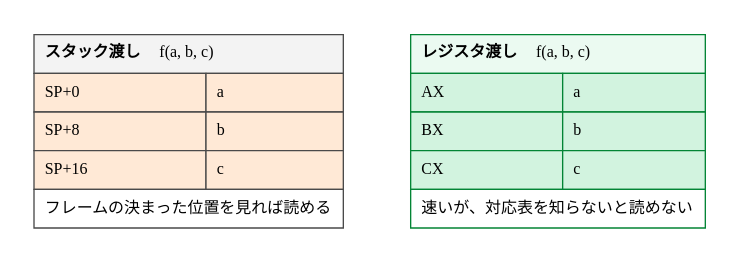
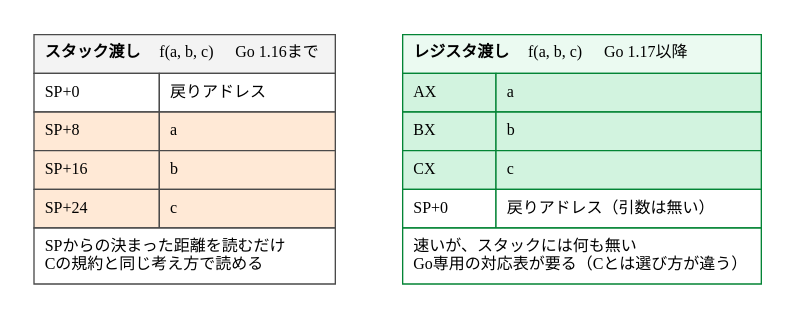
One commit to ymotongpoo/zenn.dev changed the diagram in diagrams/go-ebpf-primer/20260820-convention-stack-vs-register.dot. Above: the diagram before and after it, drawn with Graphviz. The commit also changed 13 other files, not shown here.

First line of the commit message:
fix(go-ebpf-primer): 図の誤りを直し、本文のキャプションを整合させる

```diff
--- a/diagrams/go-ebpf-primer/20260820-convention-stack-vs-register.dot
+++ b/diagrams/go-ebpf-primer/20260820-convention-stack-vs-register.dot
@@ -1,42 +1,44 @@
 // スタック渡しとレジスタ渡し
 digraph convention_stack_vs_register {
   graph [
     fontname="IBM Plex Sans JP", fontsize=13,
-    rankdir=TB, compound=true, splines=true,
+    rankdir=TB, compound=true, splines=ortho,
     nodesep=0.5, ranksep=0.7, pad=0.25,
     bgcolor="white", newrank=true
   ];
   node [
     fontname="IBM Plex Sans JP", fontsize=12,
     shape=box, style="rounded,filled",
     fillcolor="#F1F1F1", color="#4A4A4A", penwidth=1.6,
     margin="0.2,0.14"
   ];
   edge [
     fontname="IBM Plex Sans JP", fontsize=11,
     color="#343434", penwidth=1.4, arrowsize=0.9,
     fontcolor="#171717"
   ];
   rankdir=LR;
   nodesep=0.8;
 
   stackway [shape=plain, style="", label=<
     <table border="0" cellborder="1" cellspacing="0" cellpadding="7" color="#4A4A4A">
-      <tr><td colspan="2" align="left" bgcolor="#F3F3F3"><b>スタック渡し</b>　<font face="JetBrains Mono">f(a, b, c)</font></td></tr>
-      <tr><td align="left" bgcolor="#FFE9D6"><font face="JetBrains Mono">SP+0</font></td><td align="left" bgcolor="#FFE9D6"><font face="JetBrains Mono">a</font></td></tr>
-      <tr><td align="left" bgcolor="#FFE9D6"><font face="JetBrains Mono">SP+8</font></td><td align="left" bgcolor="#FFE9D6"><font face="JetBrains Mono">b</font></td></tr>
-      <tr><td align="left" bgcolor="#FFE9D6"><font face="JetBrains Mono">SP+16</font></td><td align="left" bgcolor="#FFE9D6"><font face="JetBrains Mono">c</font></td></tr>
-      <tr><td colspan="2" align="left" bgcolor="#FFFFFF">フレームの決まった位置を見れば読める</td></tr>
+      <tr><td colspan="2" align="left" bgcolor="#F3F3F3"><b>スタック渡し</b>　<font face="JetBrains Mono">f(a, b, c)</font>　Go 1.16まで</td></tr>
+      <tr><td align="left" bgcolor="#FFFFFF"><font face="JetBrains Mono">SP+0</font></td><td align="left" bgcolor="#FFFFFF">戻りアドレス</td></tr>
+      <tr><td align="left" bgcolor="#FFE9D6"><font face="JetBrains Mono">SP+8</font></td><td align="left" bgcolor="#FFE9D6"><font face="JetBrains Mono">a</font></td></tr>
+      <tr><td align="left" bgcolor="#FFE9D6"><font face="JetBrains Mono">SP+16</font></td><td align="left" bgcolor="#FFE9D6"><font face="JetBrains Mono">b</font></td></tr>
+      <tr><td align="left" bgcolor="#FFE9D6"><font face="JetBrains Mono">SP+24</font></td><td align="left" bgcolor="#FFE9D6"><font face="JetBrains Mono">c</font></td></tr>
+      <tr><td colspan="2" align="left" bgcolor="#FFFFFF">SPからの決まった距離を読むだけ<br align="left"/>Cの規約と同じ考え方で読める<br align="left"/></td></tr>
     </table>>];
 
   regway [shape=plain, style="", label=<
     <table border="0" cellborder="1" cellspacing="0" cellpadding="7" color="#038435">
-      <tr><td colspan="2" align="left" bgcolor="#EBFAF1"><b>レジスタ渡し</b>　<font face="JetBrains Mono">f(a, b, c)</font></td></tr>
+      <tr><td colspan="2" align="left" bgcolor="#EBFAF1"><b>レジスタ渡し</b>　<font face="JetBrains Mono">f(a, b, c)</font>　Go 1.17以降</td></tr>
       <tr><td align="left" bgcolor="#D2F3DF"><font face="JetBrains Mono">AX</font></td><td align="left" bgcolor="#D2F3DF"><font face="JetBrains Mono">a</font></td></tr>
       <tr><td align="left" bgcolor="#D2F3DF"><font face="JetBrains Mono">BX</font></td><td align="left" bgcolor="#D2F3DF"><font face="JetBrains Mono">b</font></td></tr>
       <tr><td align="left" bgcolor="#D2F3DF"><font face="JetBrains Mono">CX</font></td><td align="left" bgcolor="#D2F3DF"><font face="JetBrains Mono">c</font></td></tr>
-      <tr><td colspan="2" align="left" bgcolor="#FFFFFF">速いが、対応表を知らないと読めない</td></tr>
+      <tr><td align="left" bgcolor="#FFFFFF"><font face="JetBrains Mono">SP+0</font></td><td align="left" bgcolor="#FFFFFF">戻りアドレス（引数は無い）</td></tr>
+      <tr><td colspan="2" align="left" bgcolor="#FFFFFF">速いが、スタックには何も無い<br align="left"/>Go専用の対応表が要る（Cとは選び方が違う）<br align="left"/></td></tr>
     </table>>];
 
   stackway -> regway [style=invis];
 }
```
